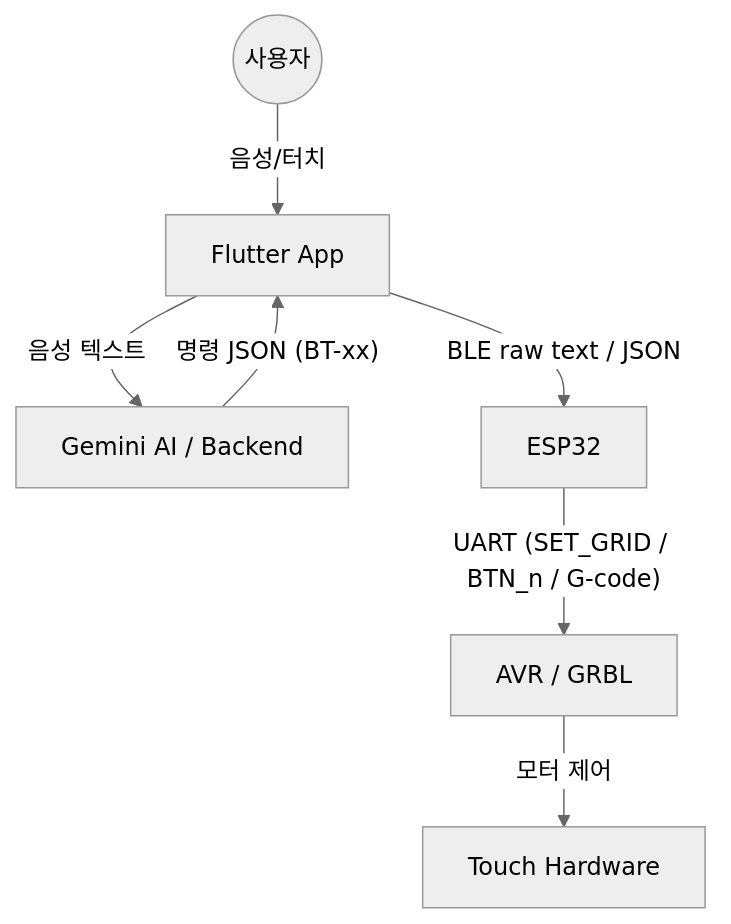
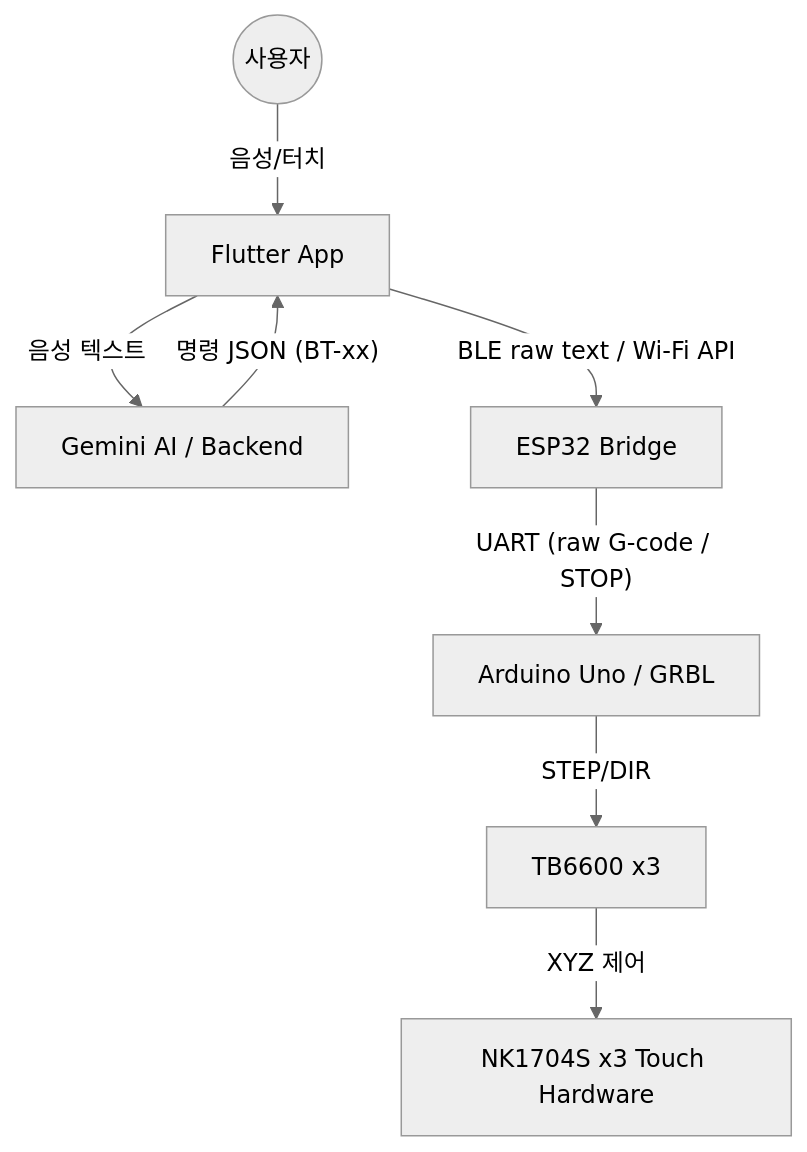
The diagram in docs/AI_SYSTEM_OVERVIEW_KO.md (Seongwonp/touch_bridge), drawn with Mermaid (neutral theme) before and after one commit. The commit also changed other lines of this file and 6 other files, not shown here.

````diff
--- a/docs/AI_SYSTEM_OVERVIEW_KO.md
+++ b/docs/AI_SYSTEM_OVERVIEW_KO.md
@@ -19,9 +19,10 @@
 ```mermaid
 graph TD
     User((사용자)) -- "음성/터치" --> App[Flutter App]
     App -- "음성 텍스트" --> Gemini[Gemini AI / Backend]
     Gemini -- "명령 JSON (BT-xx)" --> App
-    App -- "BLE raw text / JSON" --> ESP32[ESP32]
-    ESP32 -- "UART (SET_GRID / BTN_n / G-code)" --> AVR[AVR / GRBL]
-    AVR -- "모터 제어" --> HW[Touch Hardware]
+    App -- "BLE raw text / Wi-Fi API" --> ESP32[ESP32 Bridge]
+    ESP32 -- "UART (raw G-code / STOP)" --> UNO[Arduino Uno / GRBL]
+    UNO -- "STEP/DIR" --> Driver[TB6600 x3]
+    Driver -- "XYZ 제어" --> HW[NK1704S x3 Touch Hardware]
 ```
````
